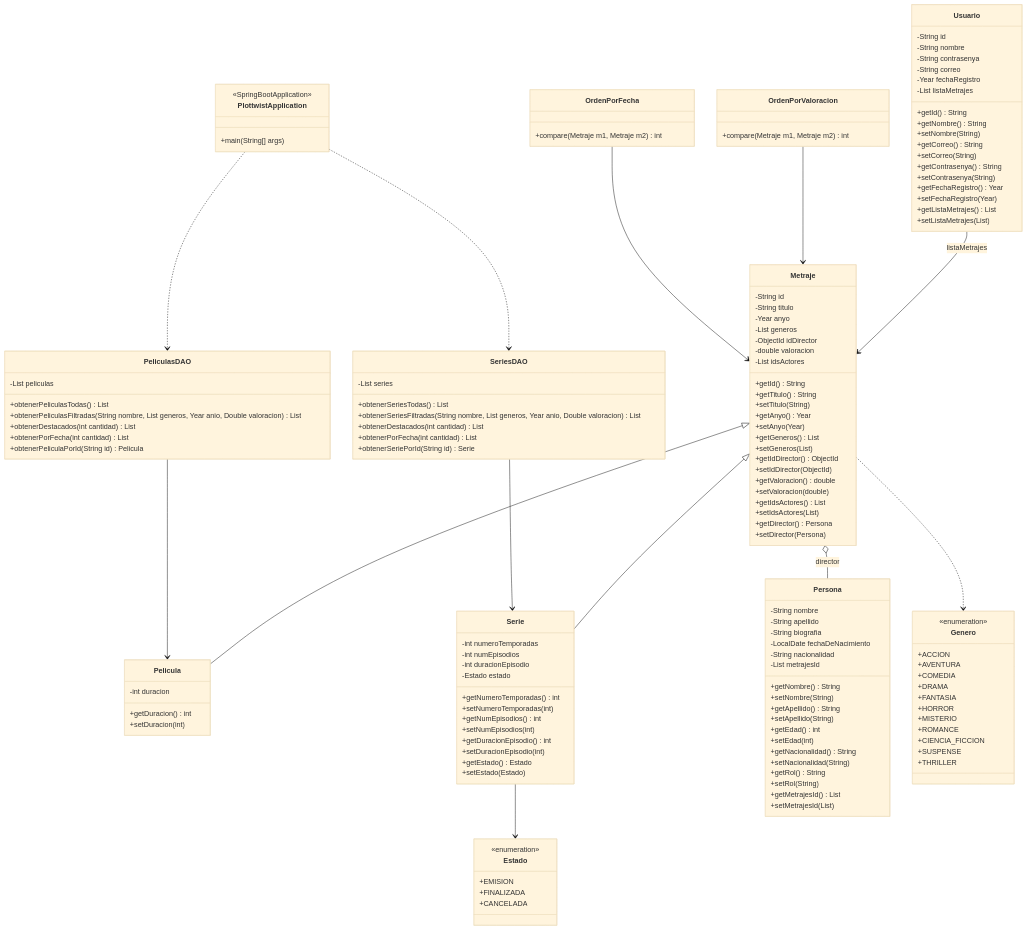
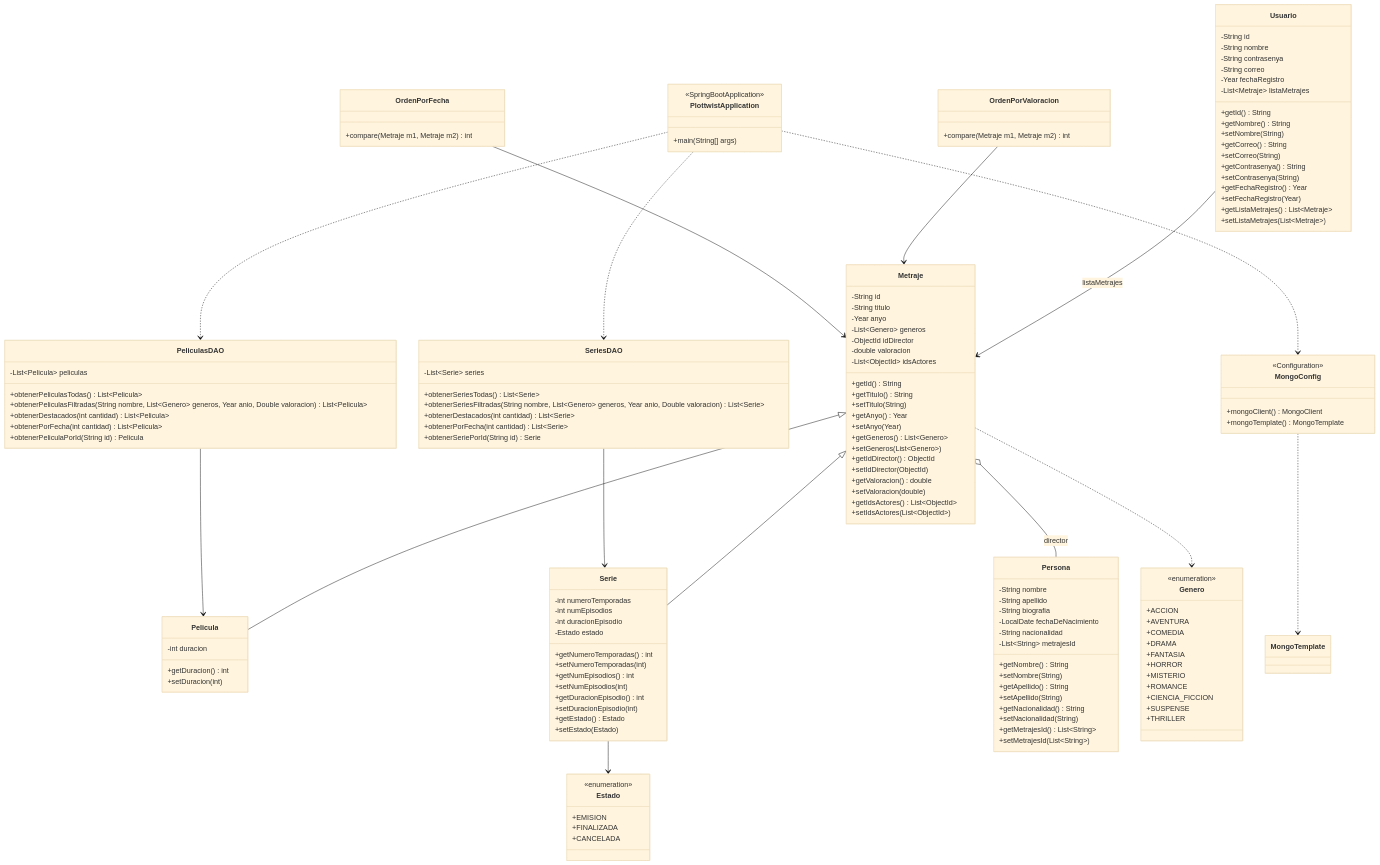
Before and after one commit to JesusCanas/PlotTwist: the diagram in diseño/diagrama_clase.md, drawn with Mermaid (base theme). The commit also changed other lines of this file and 46 other files, not shown here.

Commit message:
cambiado diagrama

````diff
--- a/diseño/diagrama_clase.md
+++ b/diseño/diagrama_clase.md
@@ -2,28 +3,32 @@
 ```mermaid
 classDiagram
+    class MongoConfig {
+        <<Configuration>>
+        +mongoClient() MongoClient
+        +mongoTemplate() MongoTemplate
+    }
+
     class Metraje {
         -String id
         -String titulo
         -Year anyo
-        -List<Genero> generos
+        -List~Genero~ generos
         -ObjectId idDirector
         -double valoracion
-        -List<ObjectId> idsActores
+        -List~ObjectId~ idsActores
         +getId() String
         +getTitulo() String
         +setTitulo(String)
         +getAnyo() Year
         +setAnyo(Year)
-        +getGeneros() List<Genero>
-        +setGeneros(List<Genero>)
+        +getGeneros() List~Genero~
+        +setGeneros(List~Genero~)
         +getIdDirector() ObjectId
         +setIdDirector(ObjectId)
         +getValoracion() double
         +setValoracion(double)
-        +getIdsActores() List<ObjectId>
-        +setIdsActores(List<ObjectId>)
-        +getDirector() Persona
-        +setDirector(Persona)
+        +getIdsActores() List~ObjectId~
+        +setIdsActores(List~ObjectId~)
     }
 
     class Pelicula {
@@ -46,42 +51,39 @@
         +getEstado() Estado
         +setEstado(Estado)
     }
+
     class Persona {
         -String nombre
         -String apellido
         -String biografia
         -LocalDate fechaDeNacimiento
         -String nacionalidad
-        -List<String> metrajesId
+        -List~String~ metrajesId
         +getNombre() String
         +setNombre(String)
         +getApellido() String
         +setApellido(String)
-        +getEdad() int
-        +setEdad(int)
         +getNacionalidad() String
         +setNacionalidad(String)
-        +getRol() String
-        +setRol(String)
-        +getMetrajesId() List<String>
-        +setMetrajesId(List<String>)
+        +getMetrajesId() List~String~
+        +setMetrajesId(List~String~)
     }
 
     class PeliculasDAO {
-        -List<Pelicula> peliculas
-        +obtenerPeliculasTodas() List<Pelicula>
-        +obtenerPeliculasFiltradas(String nombre, List<Genero> generos, Year anio, Double valoracion) List<Pelicula>
-        +obtenerDestacados(int cantidad) List<Pelicula>
-        +obtenerPorFecha(int cantidad) List<Pelicula>
+        -List~Pelicula~ peliculas
+        +obtenerPeliculasTodas() List~Pelicula~
+        +obtenerPeliculasFiltradas(String nombre, List~Genero~ generos, Year anio, Double valoracion) List~Pelicula~
+        +obtenerDestacados(int cantidad) List~Pelicula~
+        +obtenerPorFecha(int cantidad) List~Pelicula~
         +obtenerPeliculaPorId(String id) Pelicula
     }
 
     class SeriesDAO {
-        -List<Serie> series
-        +obtenerSeriesTodas() List<Serie>
-        +obtenerSeriesFiltradas(String nombre, List<Genero> generos, Year anio, Double valoracion) List<Serie>
-        +obtenerDestacados(int cantidad) List<Serie>
-        +obtenerPorFecha(int cantidad) List<Serie>
+        -List~Serie~ series
+        +obtenerSeriesTodas() List~Serie~
+        +obtenerSeriesFiltradas(String nombre, List~Genero~ generos, Year anio, Double valoracion) List~Serie~
+        +obtenerDestacados(int cantidad) List~Serie~
+        +obtenerPorFecha(int cantidad) List~Serie~
         +obtenerSeriePorId(String id) Serie
     }
 
@@ -96,7 +98,7 @@
         -String contrasenya
         -String correo
         -Year fechaRegistro
-        -List<Metraje> listaMetrajes
+        -List~Metraje~ listaMetrajes
         +getId() String
         +getNombre() String
         +setNombre(String)
@@ -106,22 +108,9 @@
         +setContrasenya(String)
         +getFechaRegistro() Year
         +setFechaRegistro(Year)
-        +getListaMetrajes() List<Metraje>
-        +setListaMetrajes(List<Metraje>)
+        +getListaMetrajes() List~Metraje~
+        +setListaMetrajes(List~Metraje~)
     }
-
-    Metraje <|-- Pelicula
-    Metraje <|-- Serie
-    Metraje o-- Persona : director
-    Usuario --> Metraje : listaMetrajes
-    PeliculasDAO --> Pelicula
-    SeriesDAO --> Serie
-    OrdenPorValoracion --> Metraje
-    OrdenPorFecha --> Metraje
-    Serie --> Estado
-    Metraje ..> Genero
-    PlottwistApplication ..> PeliculasDAO
-    PlottwistApplication ..> SeriesDAO
 
     class OrdenPorValoracion {
         +compare(Metraje m1, Metraje m2) int
@@ -153,4 +142,18 @@
         +CANCELADA
     }
 
+    Metraje <|-- Pelicula
+    Metraje <|-- Serie
+    Metraje o-- Persona : director
+    Usuario --> Metraje : listaMetrajes
+    PeliculasDAO --> Pelicula
+    SeriesDAO --> Serie
+    OrdenPorValoracion --> Metraje
+    OrdenPorFecha --> Metraje
+    Serie --> Estado
+    Metraje ..> Genero
+    PlottwistApplication ..> PeliculasDAO
+    PlottwistApplication ..> SeriesDAO
+    PlottwistApplication ..> MongoConfig
+    MongoConfig ..> MongoTemplate
 ```
````
